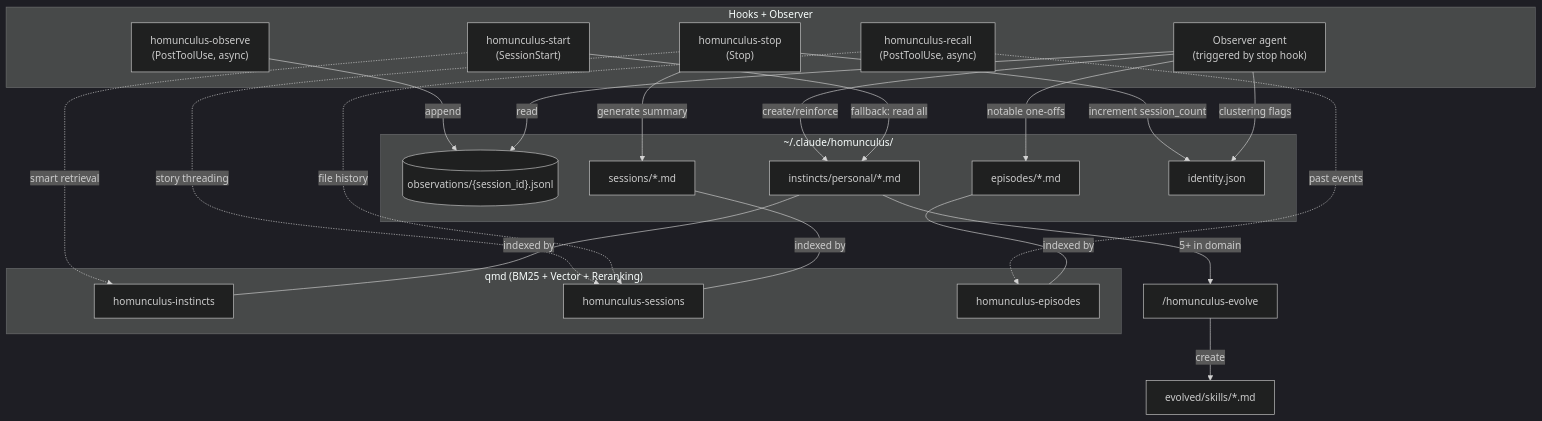
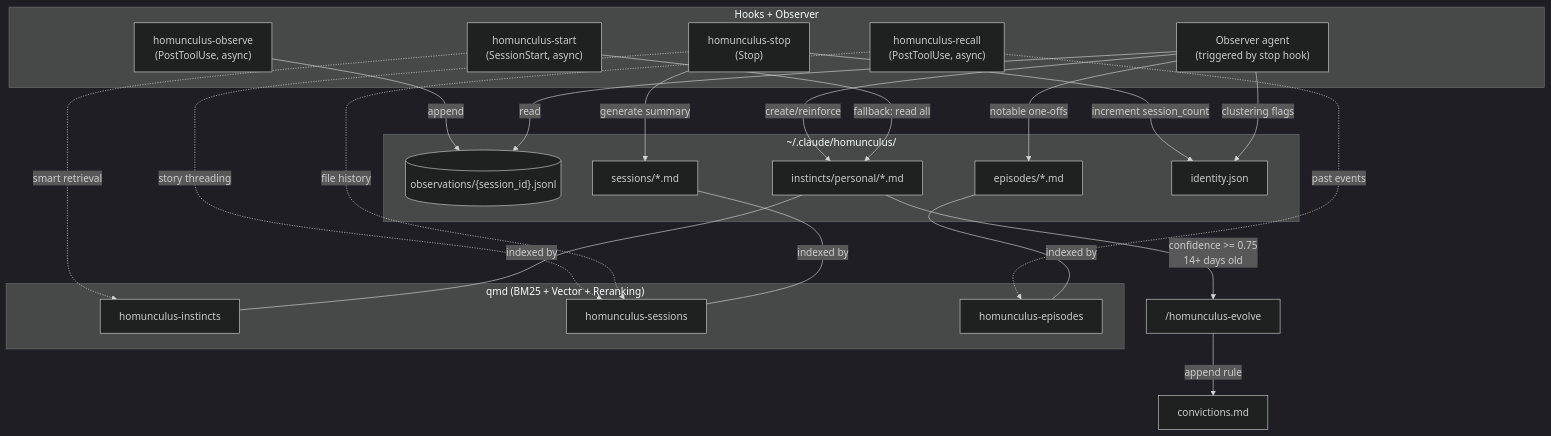
One commit to paulmonk/dotfiles changed the first of 2 diagrams in claude/HOMUNCULUS.md. Above: the diagram before and after it, drawn with Mermaid (dark theme). The commit also changed other lines of this file and 86 other files, not shown here.

````diff
--- a/claude/HOMUNCULUS.md
+++ b/claude/HOMUNCULUS.md
@@ -15,46 +19,46 @@
 ```mermaid
 flowchart TD
     subgraph hooks["Hooks + Observer"]
         observe["homunculus-observe\n(PostToolUse, async)"]
-        start["homunculus-start\n(SessionStart)"]
+        start["homunculus-start\n(SessionStart, async)"]
         stop["homunculus-stop\n(Stop)"]
         recall["homunculus-recall\n(PostToolUse, async)"]
         observer["Observer agent\n(triggered by stop hook)"]
     end
 
     subgraph data["~/.claude/homunculus/"]
         obs[("observations/{session_id}.jsonl")]
         instincts["instincts/personal/*.md"]
         sessions["sessions/*.md"]
         episodes["episodes/*.md"]
         identity["identity.json"]
     end
 
     subgraph qmd["qmd (BM25 + Vector + Reranking)"]
         c1["homunculus-instincts"]
         c2["homunculus-sessions"]
         c3["homunculus-episodes"]
     end
 
     observe -->|append| obs
     stop -->|increment session_count| identity
     stop -->|generate summary| sessions
     stop -.->|story threading| c2
 
     observer -->|read| obs
     observer -->|create/reinforce| instincts
     observer -->|notable one-offs| episodes
     observer -->|clustering flags| identity
-    instincts -->|5+ in domain| evolve["/homunculus-evolve"]
-    evolve -->|create| evolved["evolved/skills/*.md"]
+    instincts -->|"confidence >= 0.75\n14+ days old"| promote["/homunculus-evolve"]
+    promote -->|append rule| convictions["convictions.md"]
 
     start -.->|smart retrieval| c1
     start -->|fallback: read all| instincts
 
     recall -.->|file history| c2
     recall -.->|past events| c3
 
     instincts ---|indexed by| c1
     sessions ---|indexed by| c2
     episodes ---|indexed by| c3
 ```
````
